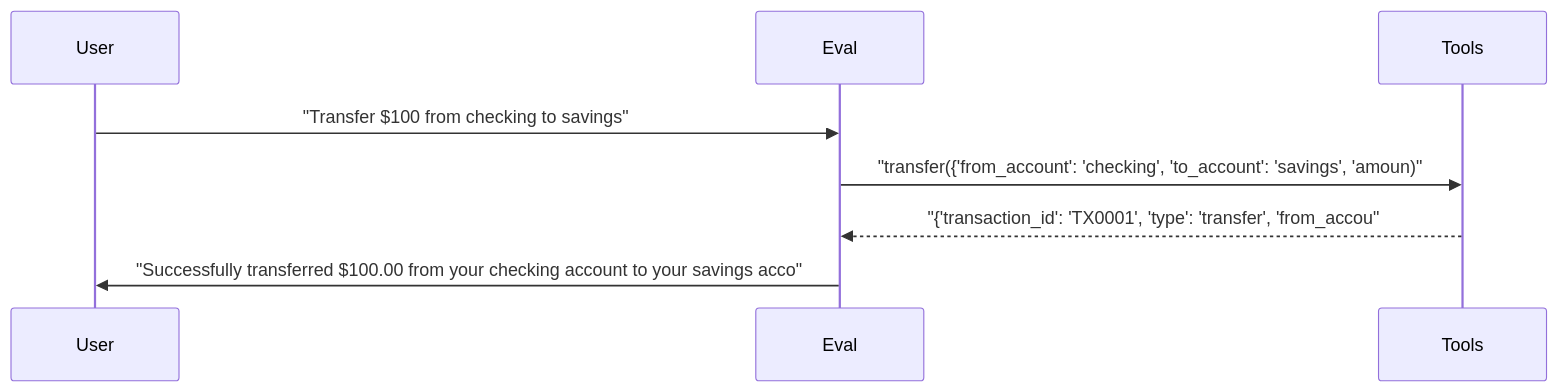
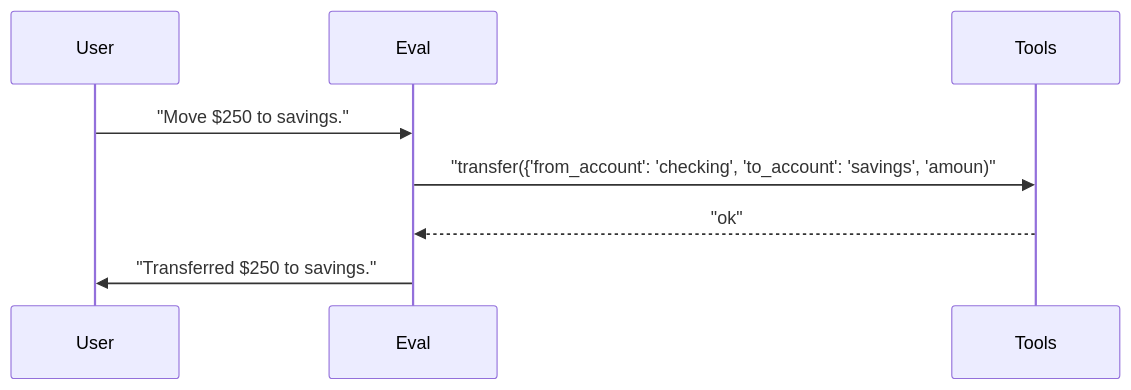
One commit to sbroenne/pytest-skill-engineering changed the fourth of 4 diagrams in docs/reports/03_multi_agent_sessions.md. Above: the diagram before and after it, drawn with Mermaid. The commit also changed other lines of this file and 137 other files, not shown here.

````diff
--- a/docs/reports/03_multi_agent_sessions.md
+++ b/docs/reports/03_multi_agent_sessions.md
@@ -269,11 +156,11 @@
 ```mermaid
 sequenceDiagram
     participant User
     participant Eval
     participant Tools
 
-    User->>Eval: "Transfer $100 from checking to savings"
+    User->>Eval: "Move $250 to savings."
     Eval->>Tools: "transfer({'from_account': 'checking', 'to_account': 'savings', 'amoun)"
-    Tools-->>Eval: "{'transaction_id': 'TX0001', 'type': 'transfer', 'from_accou"
-    Eval->>User: "Successfully transferred $100.00 from your checking account to your savings acco"
+    Tools-->>Eval: "ok"
+    Eval->>User: "Transferred $250 to savings."
 ```
````
